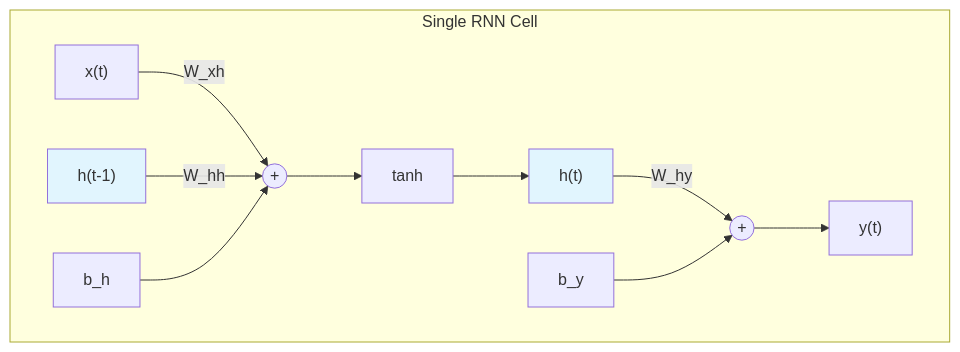
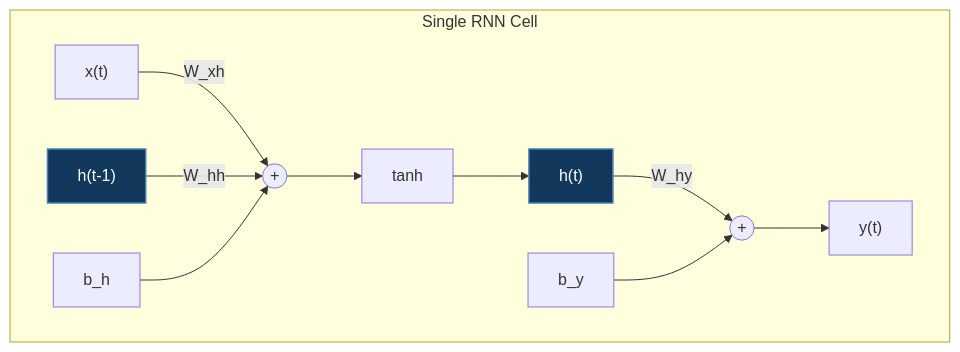
One commit to yiqiao-yin/deepspeed-course changed the fifth of 14 diagrams in docusaurus-docs/docs/tutorials/basic/rnn.md. Above: the diagram before and after it, drawn with Mermaid. The commit also changed other lines of this file and 12 other files, not shown here.

````diff
--- a/docusaurus-docs/docs/tutorials/basic/rnn.md
+++ b/docusaurus-docs/docs/tutorials/basic/rnn.md
@@ -253,16 +253,16 @@
 ```mermaid
 graph TB
     subgraph "Single RNN Cell"
         XT["x(t)"] -->|"W_xh"| ADD((+))
         HT1["h(t-1)"] -->|"W_hh"| ADD
         B["b_h"] --> ADD
         ADD --> TANH["tanh"]
         TANH --> HT["h(t)"]
         HT -->|"W_hy"| ADD2((+))
         B2["b_y"] --> ADD2
         ADD2 --> YT["y(t)"]
     end
 
-    style HT fill:#e1f5fe
-    style HT1 fill:#e1f5fe
+    style HT fill:#12395c,stroke:#4a7fb0,stroke-width:1.5px,color:#ffffff
+    style HT1 fill:#12395c,stroke:#4a7fb0,stroke-width:1.5px,color:#ffffff
 ```
````
